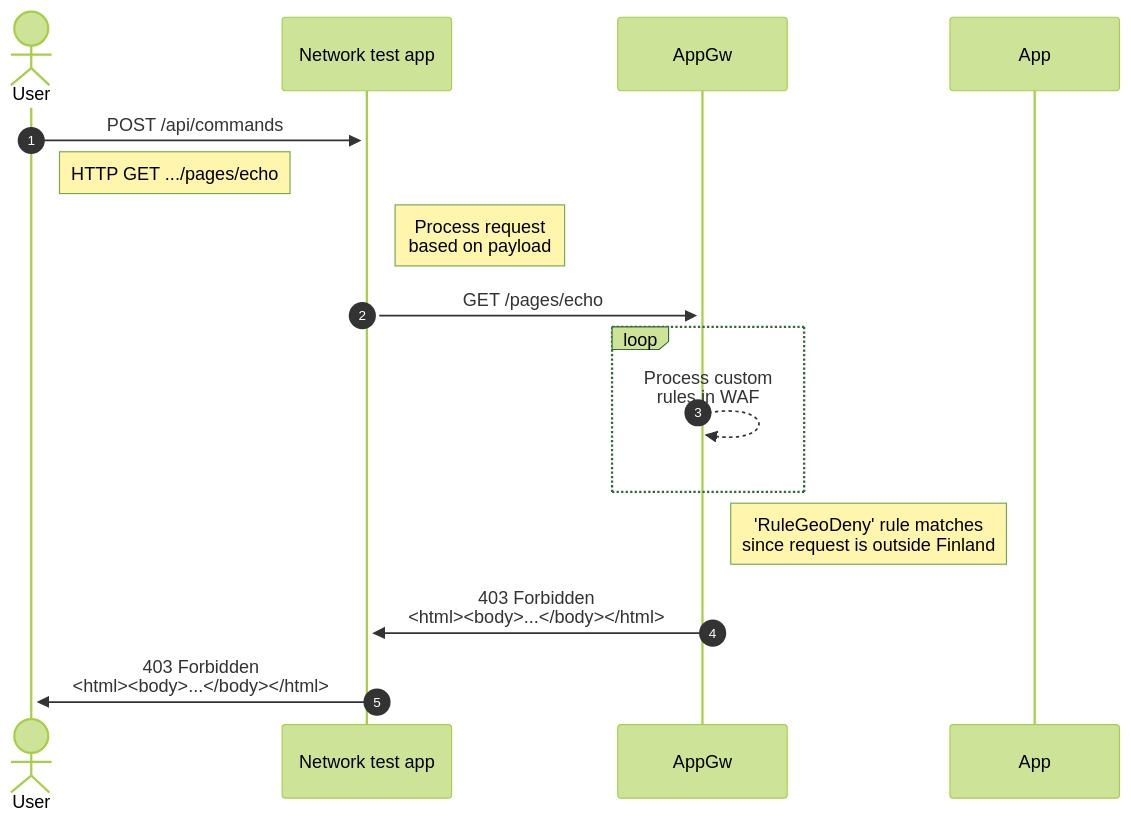
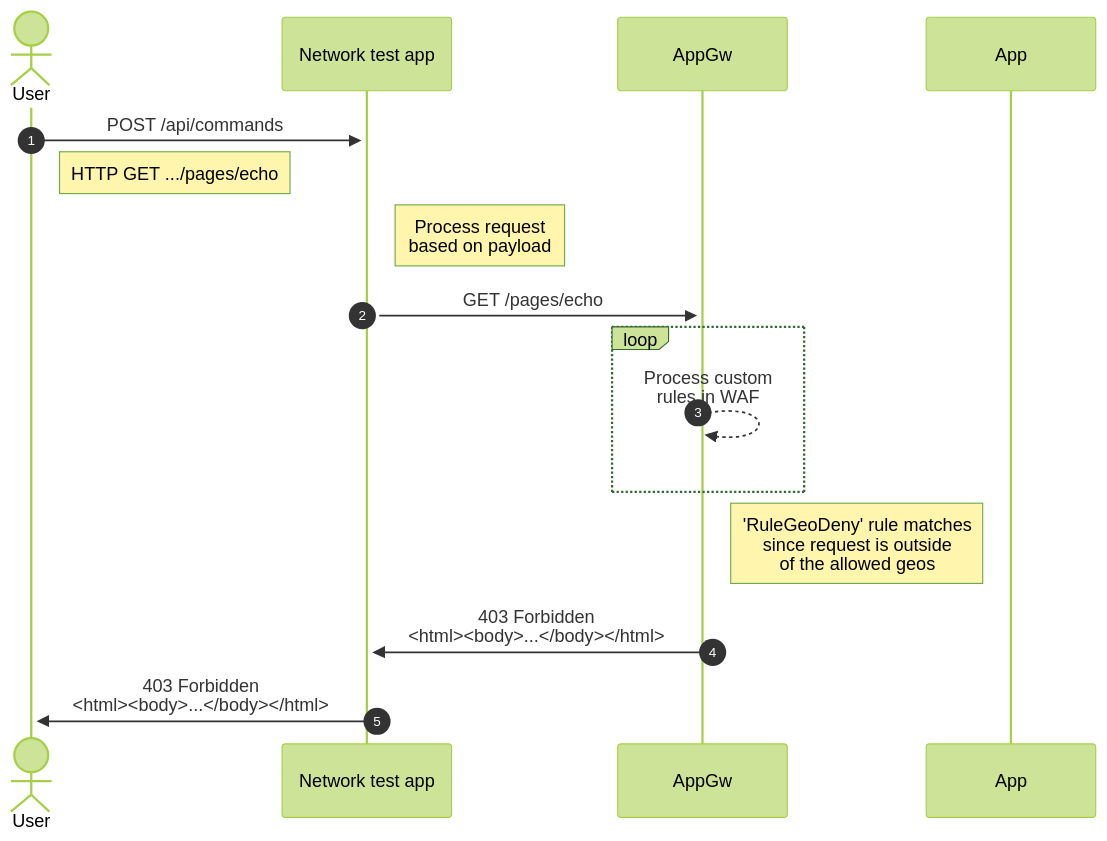
The second of 2 diagrams in appgw-custom-rules/README.md (JanneMattila/azure-application-gateway-demos), drawn with Mermaid (forest theme) before and after one commit.

````diff
--- a/appgw-custom-rules/README.md
+++ b/appgw-custom-rules/README.md
@@ -63,16 +63,16 @@
 ```mermaid
 sequenceDiagram
     autonumber
     actor User
     User->>+Network test app: POST /api/commands
     Note right of User: HTTP GET .../pages/echo
     Note right of Network test app: Process request<br/>based on payload
     Network test app->>+AppGw: GET /pages/echo
     loop
         AppGw-->>+AppGw: Process custom<br/>rules in WAF
     end
-    Note right of AppGw: 'RuleGeoDeny' rule matches<br/>since request is outside Finland
+    Note right of AppGw: 'RuleGeoDeny' rule matches<br/>since request is outside<br/>of the allowed geos
     AppGw->>+Network test app: 403 Forbidden<br/><html><body>...</body></html>
     Network test app->>+User: 403 Forbidden<br/><html><body>...</body></html>
     participant App
 ```
````
